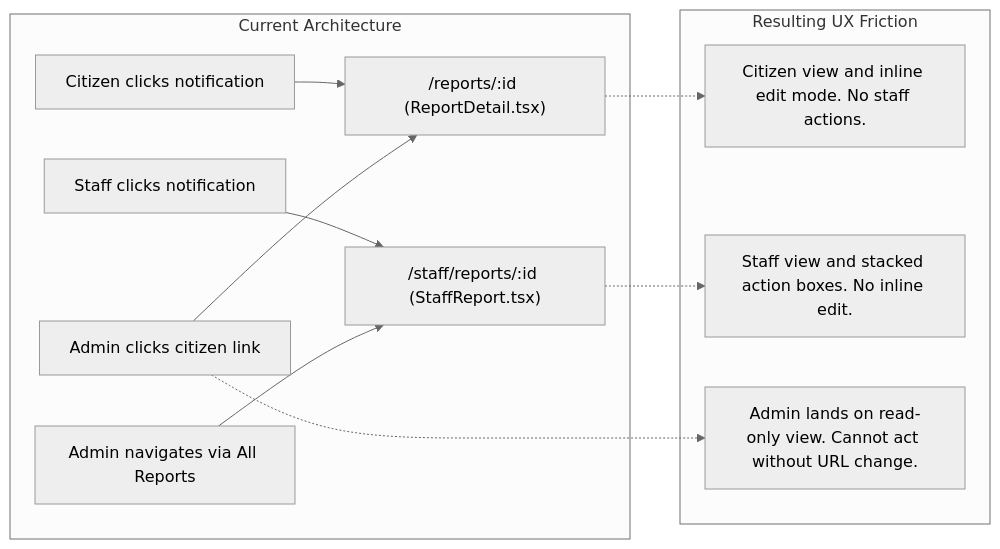
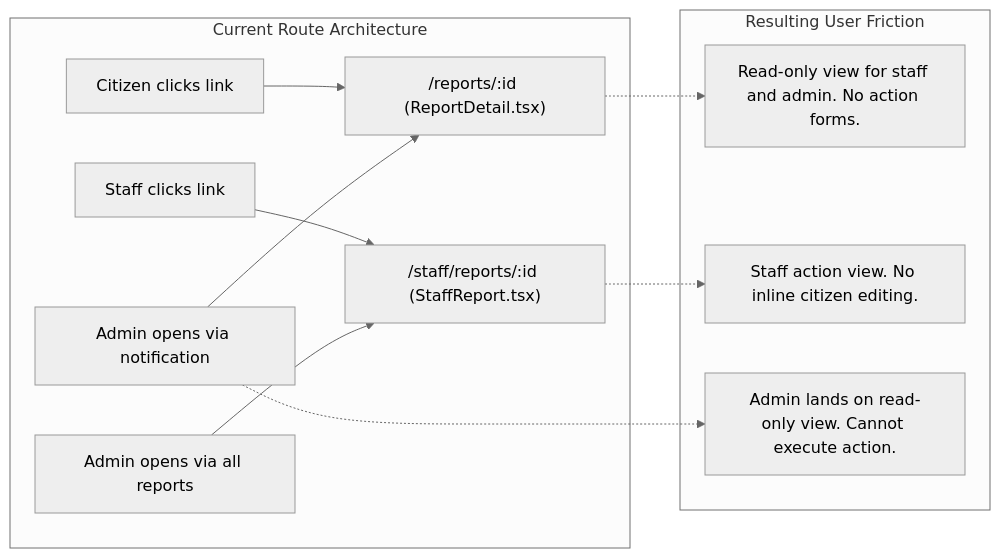
The diagram in docs/UI_UX_ANALYSIS.md (10Plaiz/its122p-NO), drawn with Mermaid (neutral theme) before and after one commit. The commit also changed other lines of this file, not shown here.

````diff
--- a/docs/UI_UX_ANALYSIS.md
+++ b/docs/UI_UX_ANALYSIS.md
@@ -62,15 +100,15 @@
 ```mermaid
 flowchart LR
-    subgraph Current_Arch["Current Architecture"]
-        A["Citizen clicks notification"] --> B["/reports/:id (ReportDetail.tsx)"]
-        C["Staff clicks notification"] --> D["/staff/reports/:id (StaffReport.tsx)"]
-        E["Admin navigates via All Reports"] --> D
-        F["Admin clicks citizen link"] --> B
+    subgraph Current_Architecture["Current Route Architecture"]
+        A["Citizen clicks link"] --> B["/reports/:id (ReportDetail.tsx)"]
+        C["Staff clicks link"] --> D["/staff/reports/:id (StaffReport.tsx)"]
+        E["Admin opens via all reports"] --> D
+        F["Admin opens via notification"] --> B
     end
-    
-    subgraph UX_Friction["Resulting UX Friction"]
-        B -.-> G["Citizen view and inline edit mode. No staff actions."]
-        D -.-> H["Staff view and stacked action boxes. No inline edit."]
-        F -.-> I["Admin lands on read-only view. Cannot act without URL change."]
+
+    subgraph Identified_Friction["Resulting User Friction"]
+        B -.-> G["Read-only view for staff and admin. No action forms."]
+        D -.-> H["Staff action view. No inline citizen editing."]
+        F -.-> I["Admin lands on read-only view. Cannot execute action."]
     end
 ```
````
